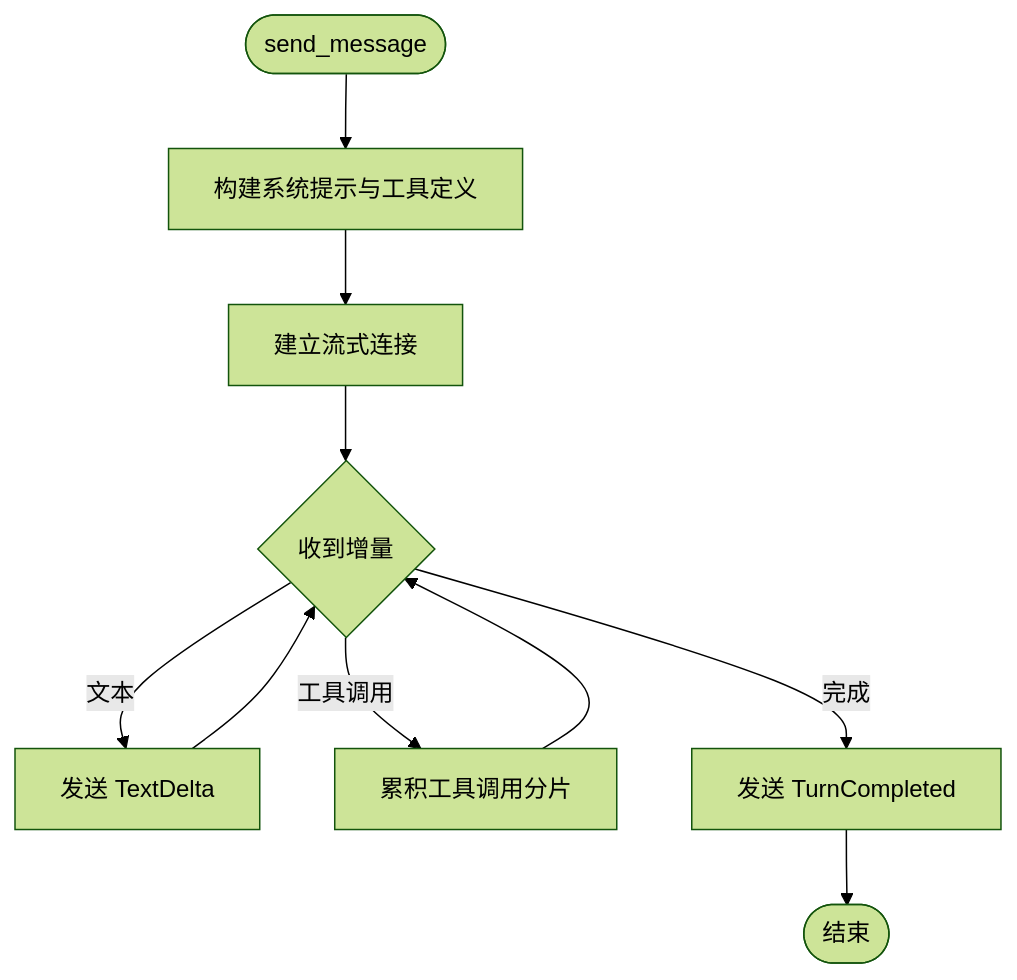
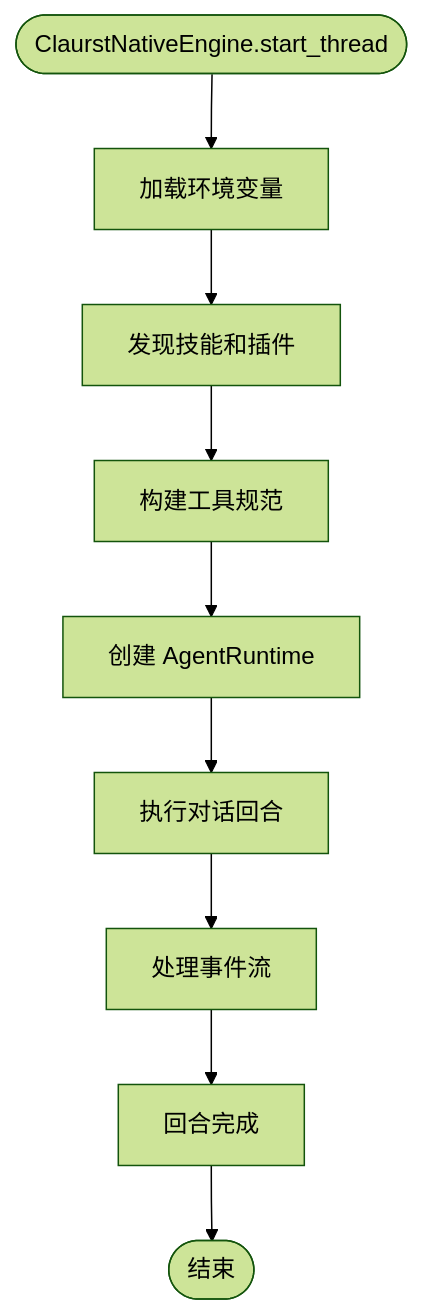
The seventh of 9 diagrams in .qoder/repowiki/zh/content/核心功能/聊天和 AI 集成/AI 引擎管理.md (yattin/panes), drawn with Mermaid (forest theme) before and after one commit. The commit also changed other lines of this file and 45 other files, not shown here.

````diff
--- a/.qoder/repowiki/zh/content/核心功能/聊天和 AI 集成/AI 引擎管理.md
+++ b/.qoder/repowiki/zh/content/核心功能/聊天和 AI 集成/AI 引擎管理.md
@@ -255,12 +290,11 @@
 ```mermaid
 flowchart TD
-Enter(["send_message"]) --> Build["构建系统提示与工具定义"]
-Build --> Stream["建立流式连接"]
-Stream --> Choice{"收到增量"}
-Choice --> |文本| EmitText["发送 TextDelta"]
-Choice --> |工具调用| Acc["累积工具调用分片"]
-Choice --> |完成| Done["发送 TurnCompleted"]
-EmitText --> Choice
-Acc --> Choice
-Done --> Exit(["结束"])
+Start(["ClaurstNativeEngine.start_thread"]) --> LoadEnv["加载环境变量"]
+LoadEnv --> LoadSkills["发现技能和插件"]
+LoadSkills --> LoadTools["构建工具规范"]
+LoadTools --> CreateRuntime["创建 AgentRuntime"]
+CreateRuntime --> RunTurn["执行对话回合"]
+RunTurn --> HandleEvents["处理事件流"]
+HandleEvents --> Complete["回合完成"]
+Complete --> End(["结束"])
 ```
````
